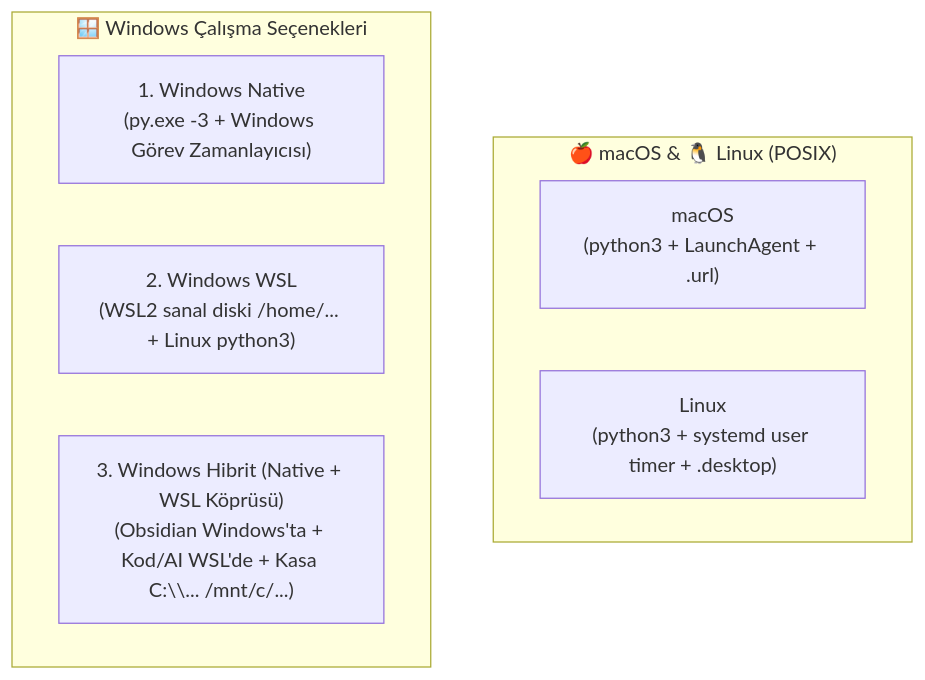
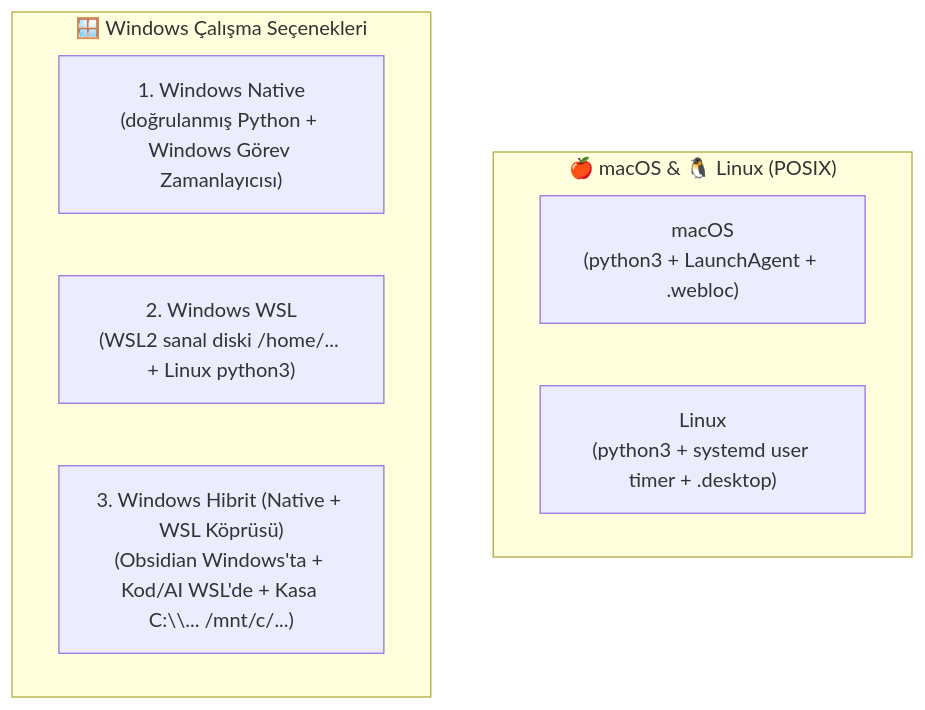
The second of 4 diagrams in README.md (respected0/respected-brain), drawn with Mermaid before and after one commit. The commit also changed other lines of this file and 51 other files, not shown here.

````diff
--- a/README.md
+++ b/README.md
@@ -151,13 +153,13 @@
 ```mermaid
 graph TD
     subgraph Posix ["🍎 macOS & 🐧 Linux (POSIX)"]
-        M1["macOS<br/>(python3 + LaunchAgent + .url)"]
+        M1["macOS<br/>(python3 + LaunchAgent + .webloc)"]
         L1["Linux<br/>(python3 + systemd user timer + .desktop)"]
     end
 
     subgraph WindowsOnly ["🪟 Windows Çalışma Seçenekleri"]
-        W1["1. Windows Native<br/>(py.exe -3 + Windows Görev Zamanlayıcısı)"]
+        W1["1. Windows Native<br/>(doğrulanmış Python + Windows Görev Zamanlayıcısı)"]
         W2["2. Windows WSL<br/>(WSL2 sanal diski /home/... + Linux python3)"]
         W3["3. Windows Hibrit (Native + WSL Köprüsü)<br/>(Obsidian Windows'ta + Kod/AI WSL'de + Kasa C:\\... /mnt/c/...)"]
     end
 ```
````
